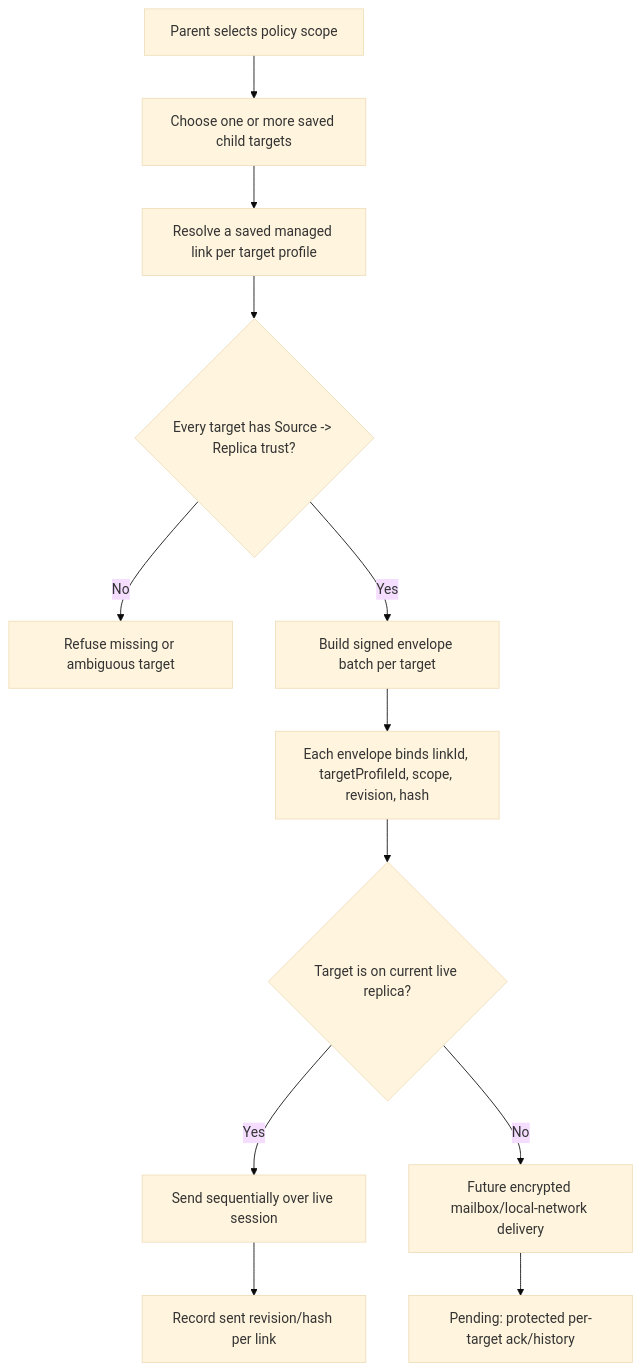
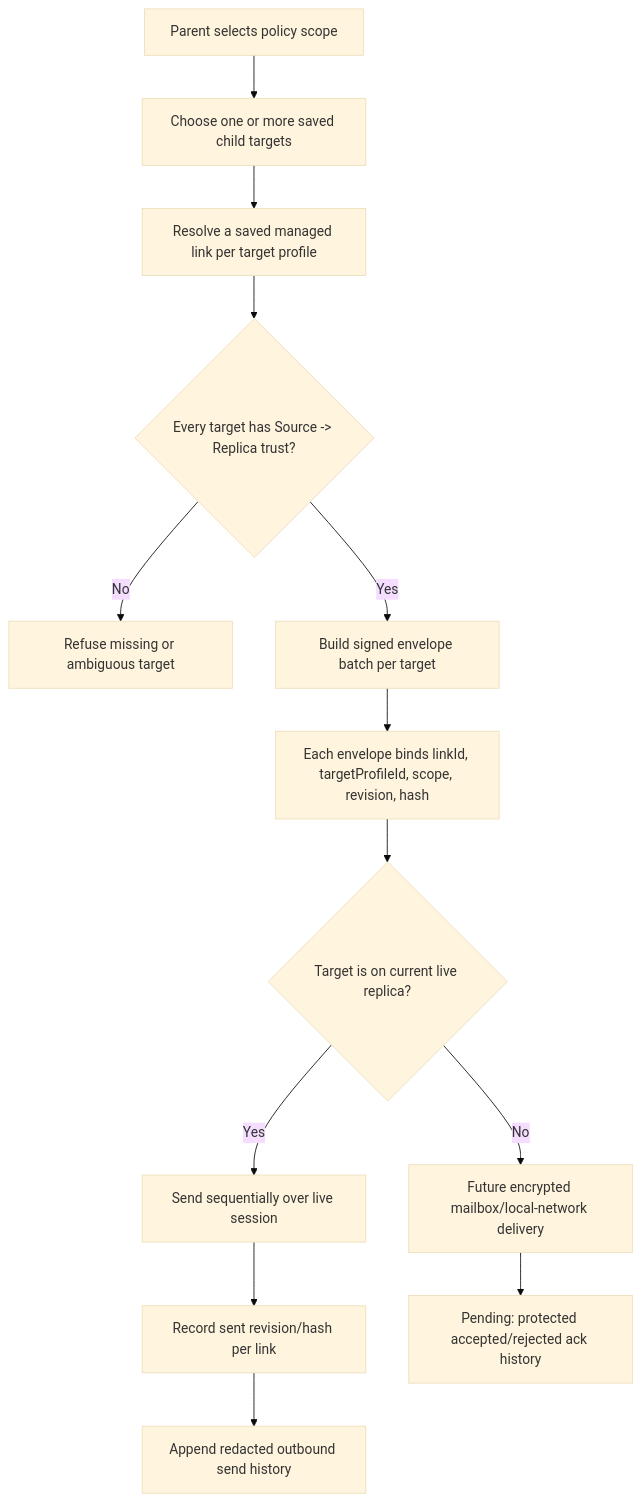
One commit to varshneydevansh/FilterTube changed the diagram in docs/audit/FILTERTUBE_NANAH_MANAGED_MULTI_TARGET_FANOUT_BOUNDARY_2026-06-04.md. Above: the diagram before and after it, drawn with Mermaid (base theme). The commit also changed other lines of this file and 61 other files, not shown here.

Commit message:
feat: record managed Nanah outbound send history

````diff
--- a/docs/audit/FILTERTUBE_NANAH_MANAGED_MULTI_TARGET_FANOUT_BOUNDARY_2026-06-04.md
+++ b/docs/audit/FILTERTUBE_NANAH_MANAGED_MULTI_TARGET_FANOUT_BOUNDARY_2026-06-04.md
@@ -130,14 +134,15 @@
 ```mermaid
 flowchart TD
   A["Parent selects policy scope"] --> B["Choose one or more saved child targets"]
   B --> C["Resolve a saved managed link per target profile"]
   C --> D{"Every target has Source -> Replica trust?"}
   D -->|No| E["Refuse missing or ambiguous target"]
   D -->|Yes| F["Build signed envelope batch per target"]
   F --> G["Each envelope binds linkId, targetProfileId, scope, revision, hash"]
   G --> H{"Target is on current live replica?"}
   H -->|Yes| I["Send sequentially over live session"]
   H -->|No| J["Future encrypted mailbox/local-network delivery"]
   I --> K["Record sent revision/hash per link"]
-  J --> L["Pending: protected per-target ack/history"]
+  K --> L["Append redacted outbound send history"]
+  J --> M["Pending: protected accepted/rejected ack history"]
 ```
````
